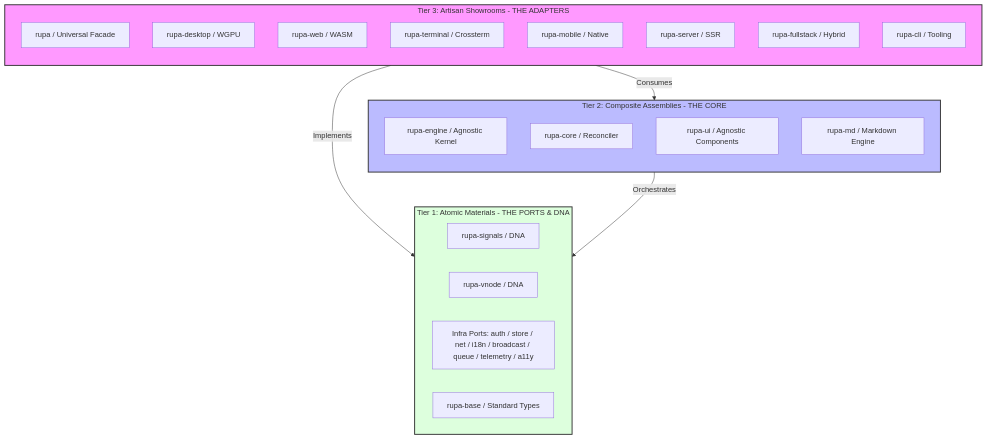
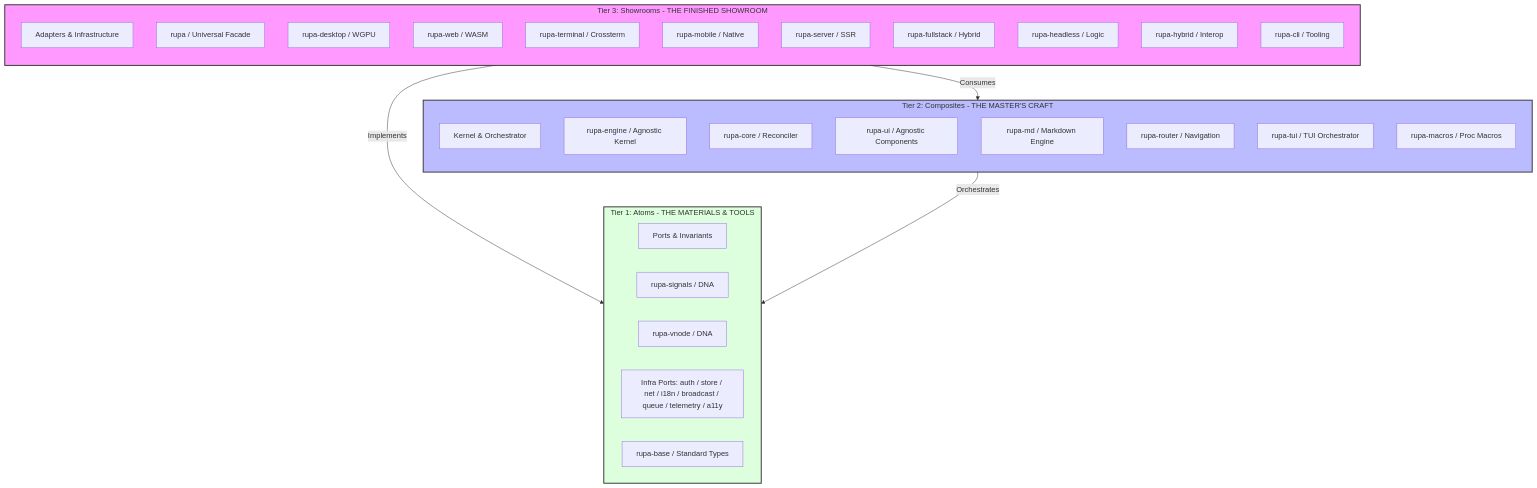
Before and after one commit to rupa-labs/rupa: the first of 4 diagrams in docs/blueprint.md, drawn with Mermaid. The commit also changed other lines of this file and 84 other files, not shown here.

First line of the commit message:
chore: mature atoms, composites, and showrooms with documentation parity

````diff
--- a/docs/blueprint.md
+++ b/docs/blueprint.md
@@ -21,39 +21,47 @@
 ```mermaid
 graph TD
-    subgraph Tier_3 [Tier 3: Artisan Showrooms - THE ADAPTERS]
+    subgraph Tier_3 [Tier 3: Showrooms - THE FINISHED SHOWROOM]
         direction TB
+        sub_3[Adapters & Infrastructure]
         rupa[rupa / Universal Facade]
         desktop[rupa-desktop / WGPU]
         web[rupa-web / WASM]
         terminal[rupa-terminal / Crossterm]
         mobile[rupa-mobile / Native]
         server[rupa-server / SSR]
         fullstack[rupa-fullstack / Hybrid]
+        headless[rupa-headless / Logic]
+        hybrid[rupa-hybrid / Interop]
         cli[rupa-cli / Tooling]
     end
 
-    subgraph Tier_2 [Tier 2: Composite Assemblies - THE CORE]
+    subgraph Tier_2 [Tier 2: Composites - THE MASTER'S CRAFT]
         direction TB
+        sub_2[Kernel & Orchestrator]
         kernel[rupa-engine / Agnostic Kernel]
         core[rupa-core / Reconciler]
         ui[rupa-ui / Agnostic Components]
         md[rupa-md / Markdown Engine]
+        router[rupa-router / Navigation]
+        tui[rupa-tui / TUI Orchestrator]
+        macros[rupa-macros / Proc Macros]
     end
 
-    subgraph Tier_1 [Tier 1: Atomic Materials - THE PORTS & DNA]
+    subgraph Tier_1 [Tier 1: Atoms - THE MATERIALS & TOOLS]
         direction LR
+        sub_1[Ports & Invariants]
         signals[rupa-signals / DNA]
         vnode[rupa-vnode / DNA]
         ports[Infra Ports: auth / store / net / i18n / broadcast / queue / telemetry / a11y]
         base[rupa-base / Standard Types]
     end
 
     %% Relationships
     Tier_3 -->|Implements| Tier_1
     Tier_2 -->|Orchestrates| Tier_1
     Tier_3 -->|Consumes| Tier_2
     
     style Tier_3 fill:#f9f,stroke:#333,stroke-width:2px
     style Tier_2 fill:#bbf,stroke:#333,stroke-width:2px
     style Tier_1 fill:#dfd,stroke:#333,stroke-width:2px
 ```
````
